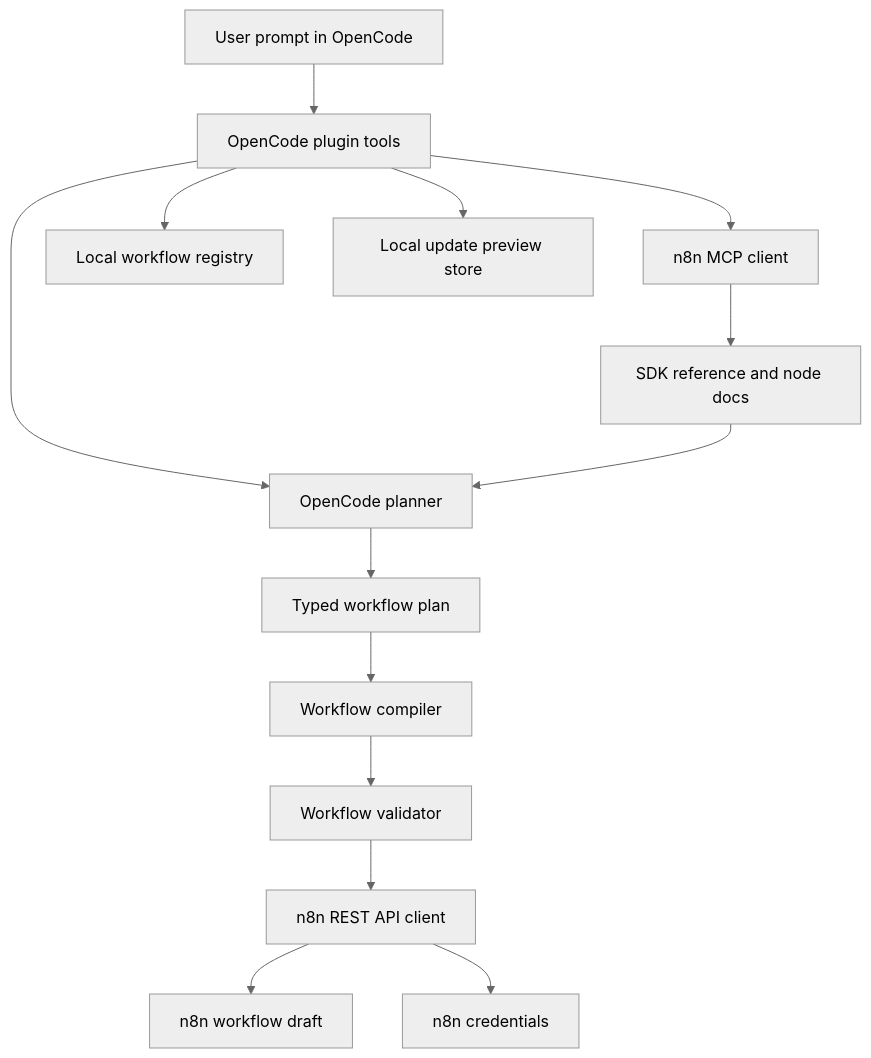
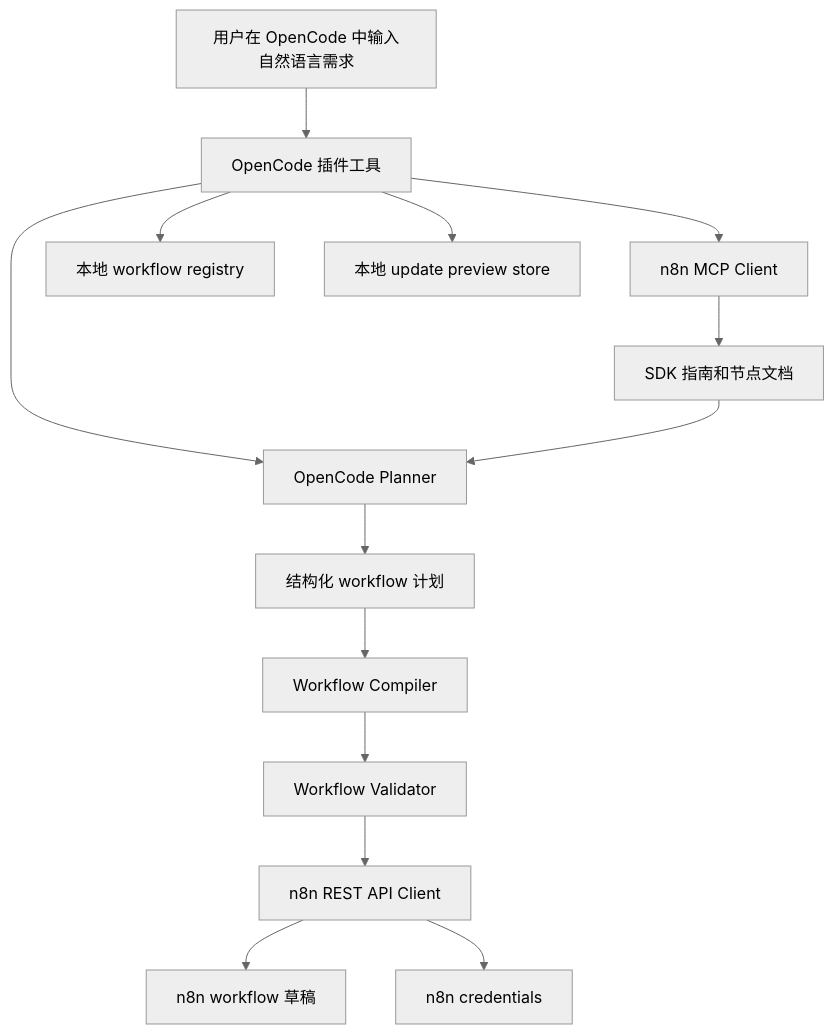
One commit to Drew1811266/OCN8N changed the diagram in README.md. Above: the diagram before and after it, drawn with Mermaid (neutral theme). The commit also changed other lines of this file, not shown here.

````diff
--- a/README.md
+++ b/README.md
@@ -66,16 +70,16 @@
 ```mermaid
 flowchart TD
-  User["User prompt in OpenCode"] --> Plugin["OpenCode plugin tools"]
-  Plugin --> MCP["n8n MCP client"]
-  Plugin --> Planner["OpenCode planner"]
-  MCP --> NodeDocs["SDK reference and node docs"]
+  User["用户在 OpenCode 中输入自然语言需求"] --> Plugin["OpenCode 插件工具"]
+  Plugin --> MCP["n8n MCP Client"]
+  Plugin --> Planner["OpenCode Planner"]
+  MCP --> NodeDocs["SDK 指南和节点文档"]
   NodeDocs --> Planner
-  Planner --> Plan["Typed workflow plan"]
-  Plan --> Compiler["Workflow compiler"]
-  Compiler --> Validator["Workflow validator"]
-  Validator --> API["n8n REST API client"]
-  API --> N8N["n8n workflow draft"]
+  Planner --> Plan["结构化 workflow 计划"]
+  Plan --> Compiler["Workflow Compiler"]
+  Compiler --> Validator["Workflow Validator"]
+  Validator --> API["n8n REST API Client"]
+  API --> N8N["n8n workflow 草稿"]
   API --> Credentials["n8n credentials"]
-  Plugin --> Registry["Local workflow registry"]
-  Plugin --> PreviewStore["Local update preview store"]
+  Plugin --> Registry["本地 workflow registry"]
+  Plugin --> PreviewStore["本地 update preview store"]
 ```
````
